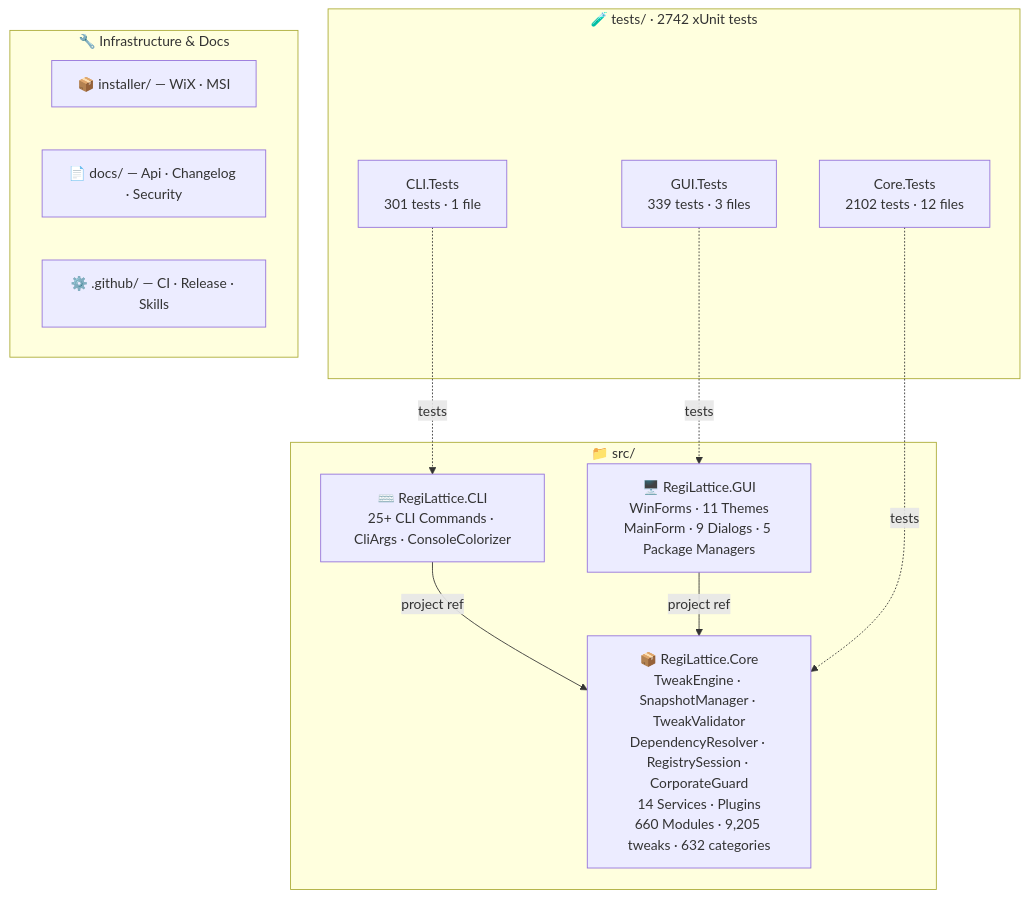
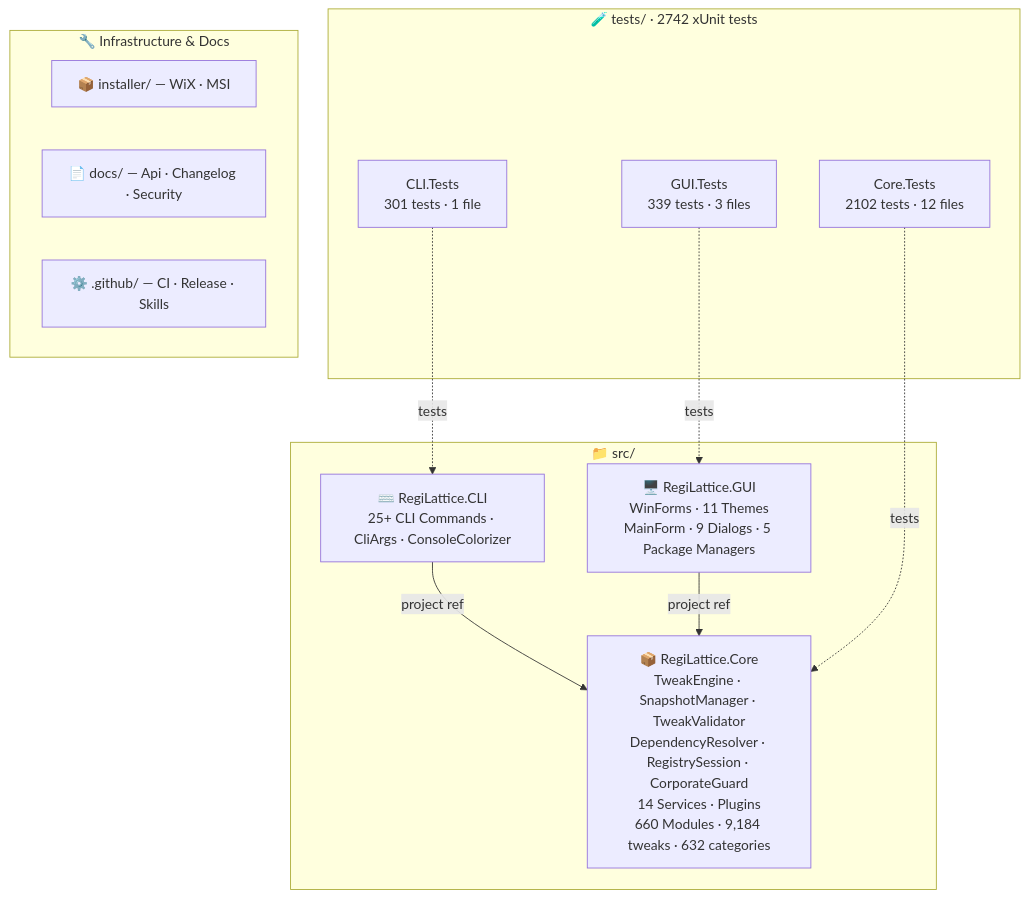
Before and after one commit to RajwanYair/RegiLattice: the second of 2 diagrams in README.md, drawn with Mermaid. The commit also changed other lines of this file and 6 other files, not shown here.

````diff
--- a/README.md
+++ b/README.md
@@ -255,26 +255,26 @@
 ```mermaid
 graph TD
     subgraph SRC["📁 src/"]
-        CORE["📦 RegiLattice.Core<br/>TweakEngine · SnapshotManager · TweakValidator<br/>DependencyResolver · RegistrySession · CorporateGuard<br/>14 Services · Plugins<br/>660 Modules · 9,205 tweaks · 632 categories"]
+        CORE["📦 RegiLattice.Core<br/>TweakEngine · SnapshotManager · TweakValidator<br/>DependencyResolver · RegistrySession · CorporateGuard<br/>14 Services · Plugins<br/>660 Modules · 9,184 tweaks · 632 categories"]
         GUI["🖥️ RegiLattice.GUI<br/>WinForms · 11 Themes<br/>MainForm · 9 Dialogs · 5 Package Managers"]
         CLI["⌨️ RegiLattice.CLI<br/>25+ CLI Commands · CliArgs · ConsoleColorizer"]
     end
 
     subgraph TST["🧪 tests/  ·  2742 xUnit tests"]
         CT["Core.Tests<br/>2102 tests · 12 files"]
         CLT["CLI.Tests<br/>301 tests · 1 file"]
         GT["GUI.Tests<br/>339 tests · 3 files"]
     end
 
     subgraph INFRA["🔧 Infrastructure & Docs"]
         INST["📦 installer/ — WiX · MSI"]
         DOCS["📄 docs/ — Api · Changelog · Security"]
         GH["⚙️ .github/ — CI · Release · Skills"]
     end
 
     CLI -->|project ref| CORE
     GUI -->|project ref| CORE
     CT -.->|tests| CORE
     CLT -.->|tests| CLI
     GT -.->|tests| GUI
 ```
````
